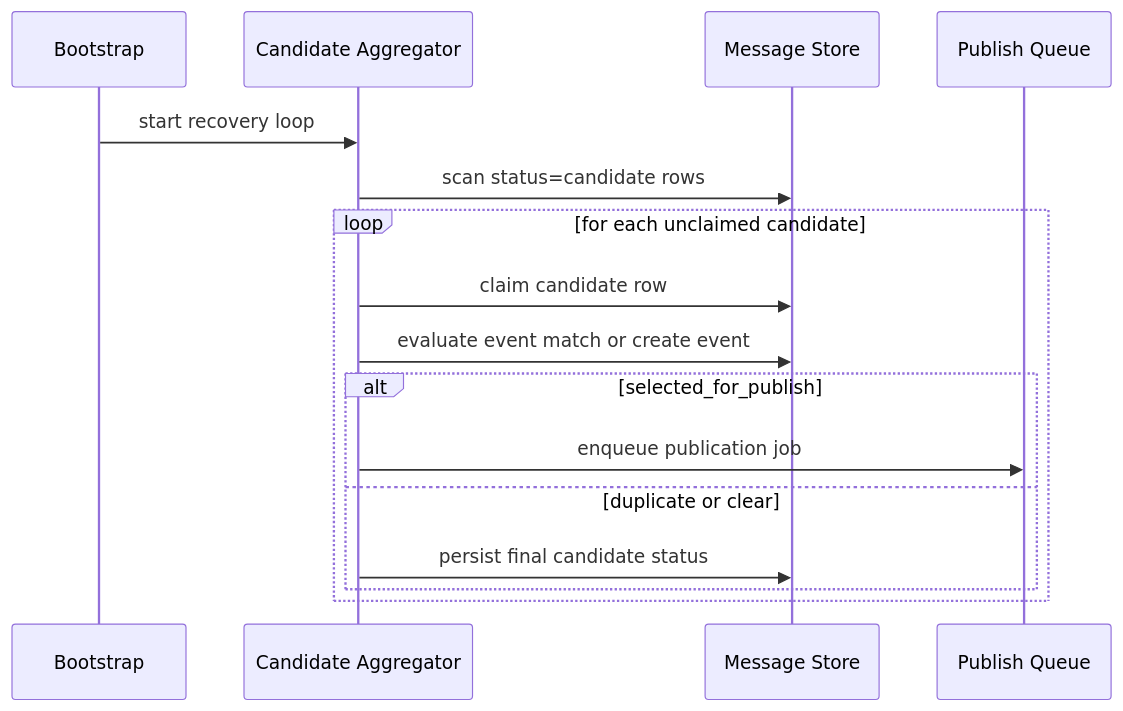
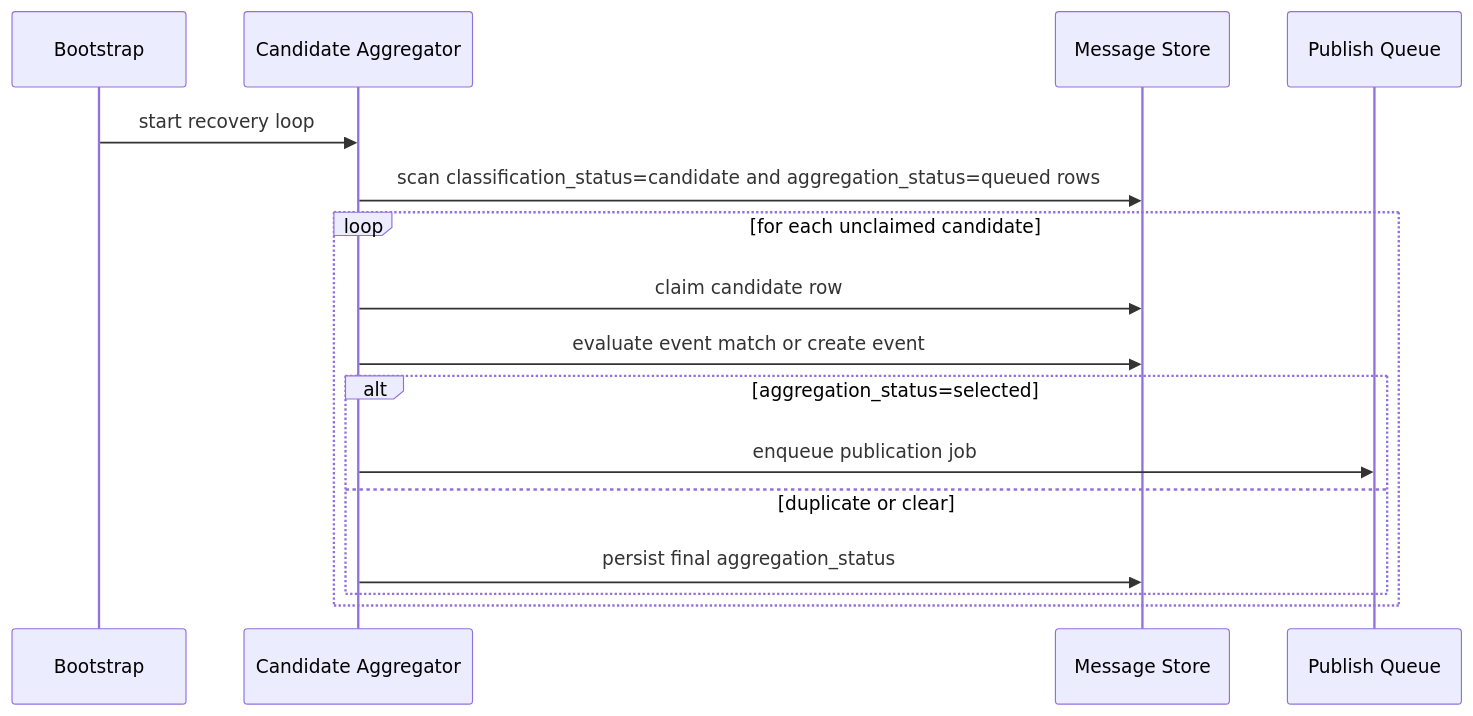
The eighth of 9 diagrams in docs/project/architecture-spec.md (Volodymyt/Telegram-ggregator), drawn with Mermaid before and after one commit. The commit also changed other lines of this file and 41 other files, not shown here.

````diff
--- a/docs/project/architecture-spec.md
+++ b/docs/project/architecture-spec.md
@@ -429,19 +443,19 @@
 ```mermaid
 sequenceDiagram
     participant Boot as Bootstrap
     participant Agg as Candidate Aggregator
     participant Store as Message Store
     participant PubQueue as Publish Queue
 
     Boot->>Agg: start recovery loop
-    Agg->>Store: scan status=candidate rows
+    Agg->>Store: scan classification_status=candidate and aggregation_status=queued rows
     loop for each unclaimed candidate
         Agg->>Store: claim candidate row
         Agg->>Store: evaluate event match or create event
-        alt selected_for_publish
+        alt aggregation_status=selected
             Agg->>PubQueue: enqueue publication job
         else duplicate or clear
-            Agg->>Store: persist final candidate status
+            Agg->>Store: persist final aggregation_status
         end
     end
 ```
````
